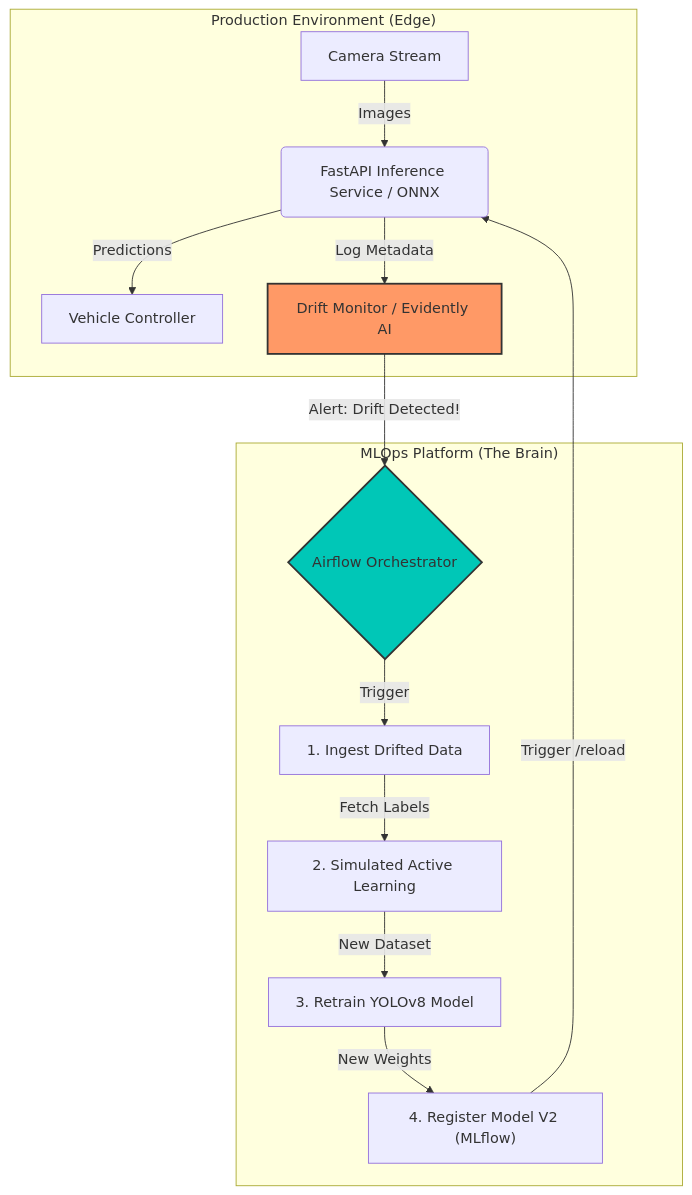
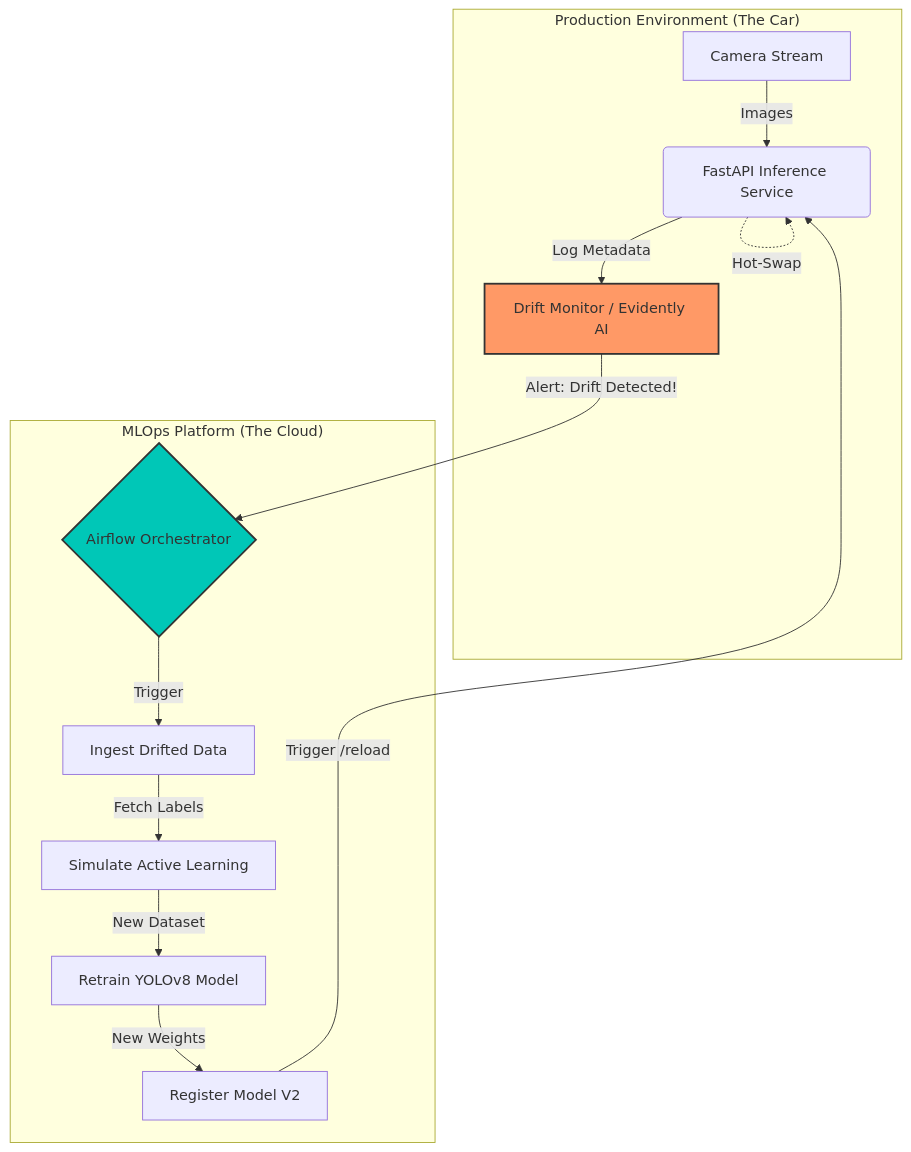
Before and after one commit to acidentlgenius/traffic-vision: the first of 2 diagrams in README.md, drawn with Mermaid. The commit also changed other lines of this file and 1 other file, not shown here.

Commit message:
docs: fix mermaid render error by removing markdown lists from labels

````diff
--- a/README.md
+++ b/README.md
@@ -25,23 +28,34 @@
 ```mermaid
 graph TD
-    subgraph "Production Environment (Edge)"
-        A[Camera Stream] -->|Images| B(FastAPI Inference Service / ONNX)
-        B -->|Predictions| C[Vehicle Controller]
-        B -->|Log Metadata| D[Drift Monitor / Evidently AI]
+    subgraph prod["Production Environment (The Car)"]
+        A[Camera Stream]
+        B(FastAPI Inference Service)
+        D[Drift Monitor / Evidently AI]
+        
+        A -->|Images| B
+        B -.->|Hot-Swap| B
+        B -->|Log Metadata| D
     end
 
-    subgraph "MLOps Platform (The Brain)"
-        D -->|Alert: Drift Detected!| E{Airflow Orchestrator}
+    subgraph cloud["MLOps Platform (The Cloud)"]
+        E{Airflow Orchestrator}
+        F[Ingest Drifted Data]
+        G[Simulate Active Learning]
+        H[Retrain YOLOv8 Model]
+        I[Register Model V2]
         
-        E -->|Trigger| F["1. Ingest Drifted Data"]
-        F -->|Fetch Labels| G["2. Simulated Active Learning"]
-        G -->|New Dataset| H["3. Retrain YOLOv8 Model"]
-        H -->|New Weights| I["4. Register Model V2 (MLflow)"]
-        I -->|Trigger /reload| B
+        E -->|Trigger| F
+        F -->|Fetch Labels| G
+        G -->|New Dataset| H
+        H -->|New Weights| I
     end
+
+    %% Cross-Subgraph Connections
+    D -->|Alert: Drift Detected!| E
+    I -->|Trigger /reload| B
 
     classDef monitor fill:#ff9966,stroke:#333333,stroke-width:2px;
     classDef orchestrator fill:#00c7b7,stroke:#333333,stroke-width:2px;
     class D monitor;
     class E orchestrator;
 ```
````
